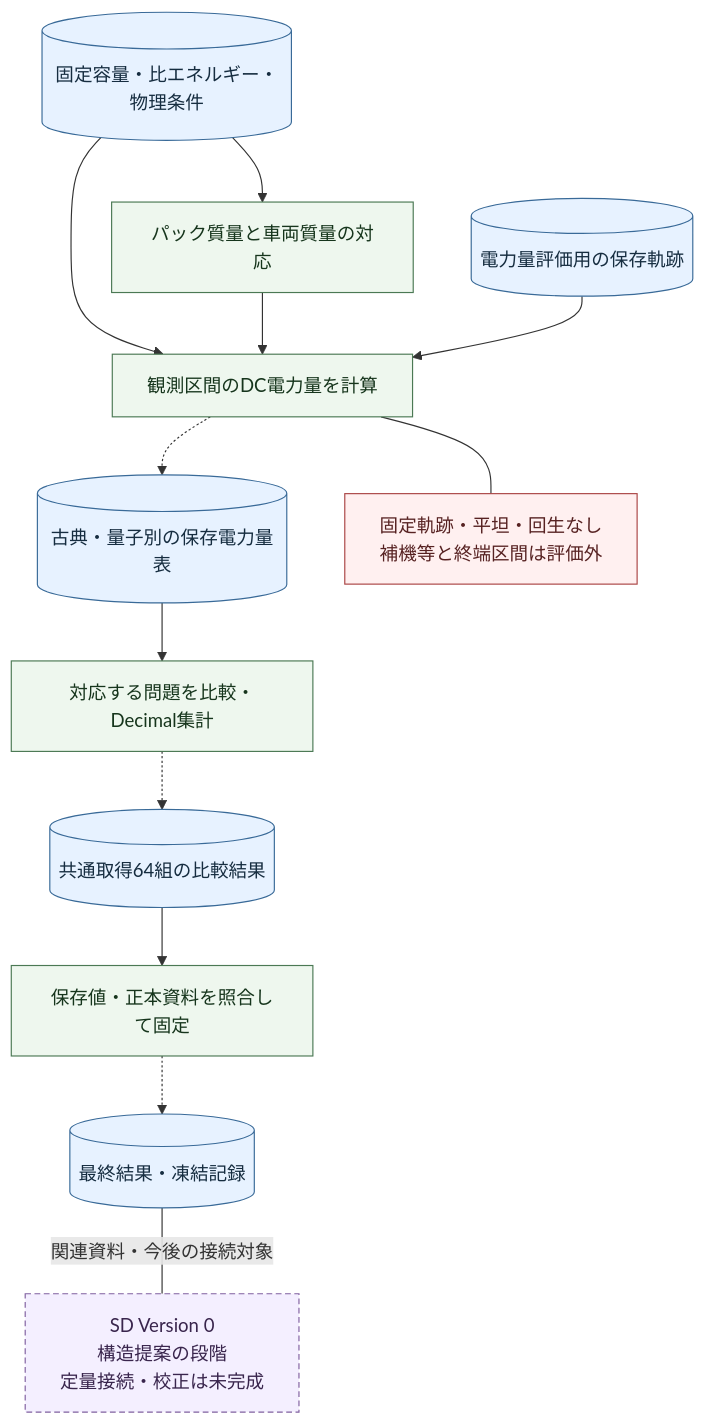
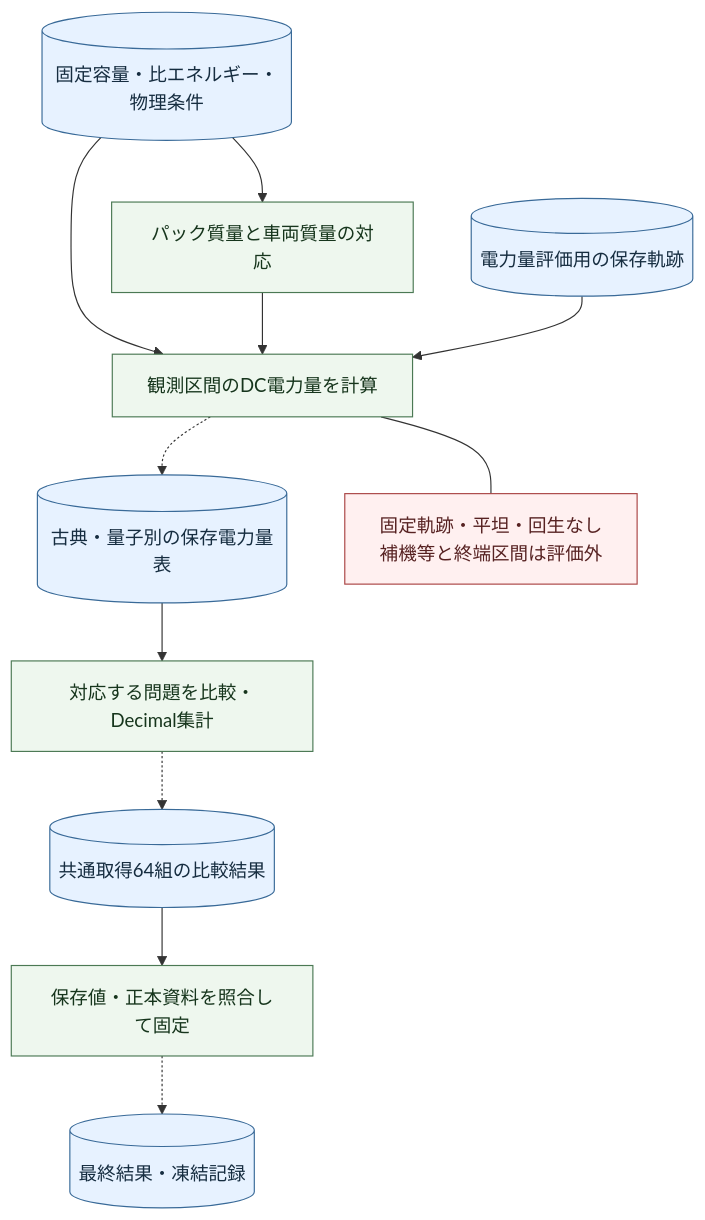
Before and after one commit to tkm-sano/kmd-analysis: the fourth of 4 diagrams in docs/QUANTITATIVE_GUIDE.md, drawn with Mermaid. The commit also changed other lines of this file, not shown here.

````diff
--- a/docs/QUANTITATIVE_GUIDE.md
+++ b/docs/QUANTITATIVE_GUIDE.md
@@ -513,34 +602,30 @@
 ```mermaid
 flowchart TB
   trajectories[("電力量評価用の保存軌跡")]
   battery[("固定容量・比エネルギー・物理条件")]
   mass["パック質量と車両質量の対応"]
   dc["観測区間のDC電力量を計算"]
   energies[("古典・量子別の保存電力量表")]
   analysis["対応する問題を比較・Decimal集計"]
   contrasts[("共通取得64組の比較結果")]
   audit["保存値・正本資料を照合して固定"]
   result[("最終結果・凍結記録")]
   boundary["固定軌跡・平坦・回生なし<br/>補機等と終端区間は評価外"]
-  sd["SD Version 0<br/>構造提案の段階<br/>定量接続・校正は未完成"]
   battery --> mass
   battery --> dc
   mass --> dc
   trajectories --> dc
   dc -.-> energies
   energies --> analysis
   analysis -.-> contrasts
   contrasts --> audit
   audit -.-> result
   dc --- boundary
-  result ---|"関連資料・今後の接続対象"| sd
   classDef data fill:#e7f2ff,stroke:#396a98,color:#162d40
   classDef process fill:#eef7ee,stroke:#4b7954,color:#16351c
   classDef environment fill:#fff1dc,stroke:#aa772e,color:#493212
   classDef unresolved fill:#fff0f0,stroke:#aa4444,color:#572222
-  classDef future fill:#f4efff,stroke:#8060a0,color:#39254d,stroke-dasharray:5 3
   class trajectories,battery,energies,contrasts,result data
   class mass,dc,analysis,audit process
   class boundary unresolved
-  class sd future
 ```
````
